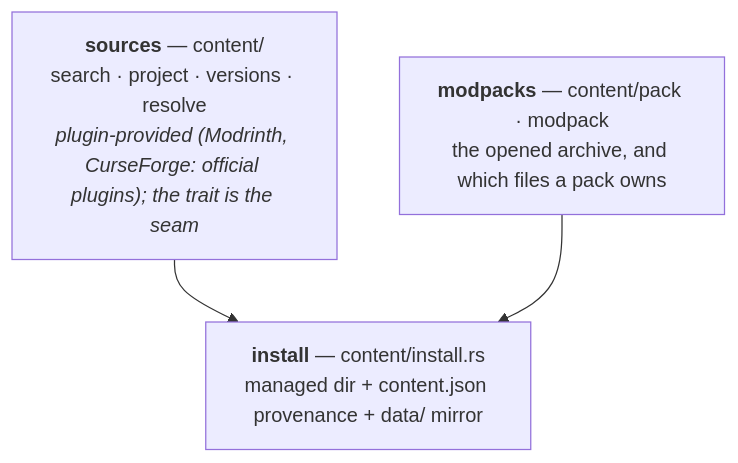
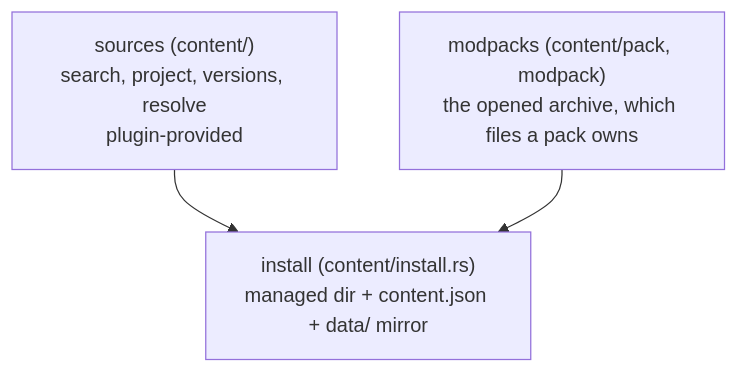
The first of 3 diagrams in docs/architecture/content.md (prytaneum/hestia), drawn with Mermaid before and after one commit. The commit also changed other lines of this file and 11 other files, not shown here.

Commit message:
docs(architecture): describe the current system only

````diff
--- a/docs/architecture/content.md
+++ b/docs/architecture/content.md
@@ -12,9 +11,5 @@
 ```mermaid
 flowchart TD
-    SRC["<b>sources</b> — content/<br/>search · project · versions · resolve<br/><i>plugin-provided (Modrinth, CurseForge: official plugins); the trait is the seam</i>"]
-    INST["<b>install</b> — content/install.rs<br/>managed dir + content.json provenance + data/ mirror"]
-    PACK["<b>modpacks</b> — content/pack · modpack<br/>the opened archive, and which files a pack owns"]
-
-    SRC --> INST
-    PACK --> INST
+    SRC["sources (content/)<br/>search, project, versions, resolve<br/>plugin-provided"] --> INST["install (content/install.rs)<br/>managed dir + content.json + data/ mirror"]
+    PACK["modpacks (content/pack, modpack)<br/>the opened archive, which files a pack owns"] --> INST
 ```
````
